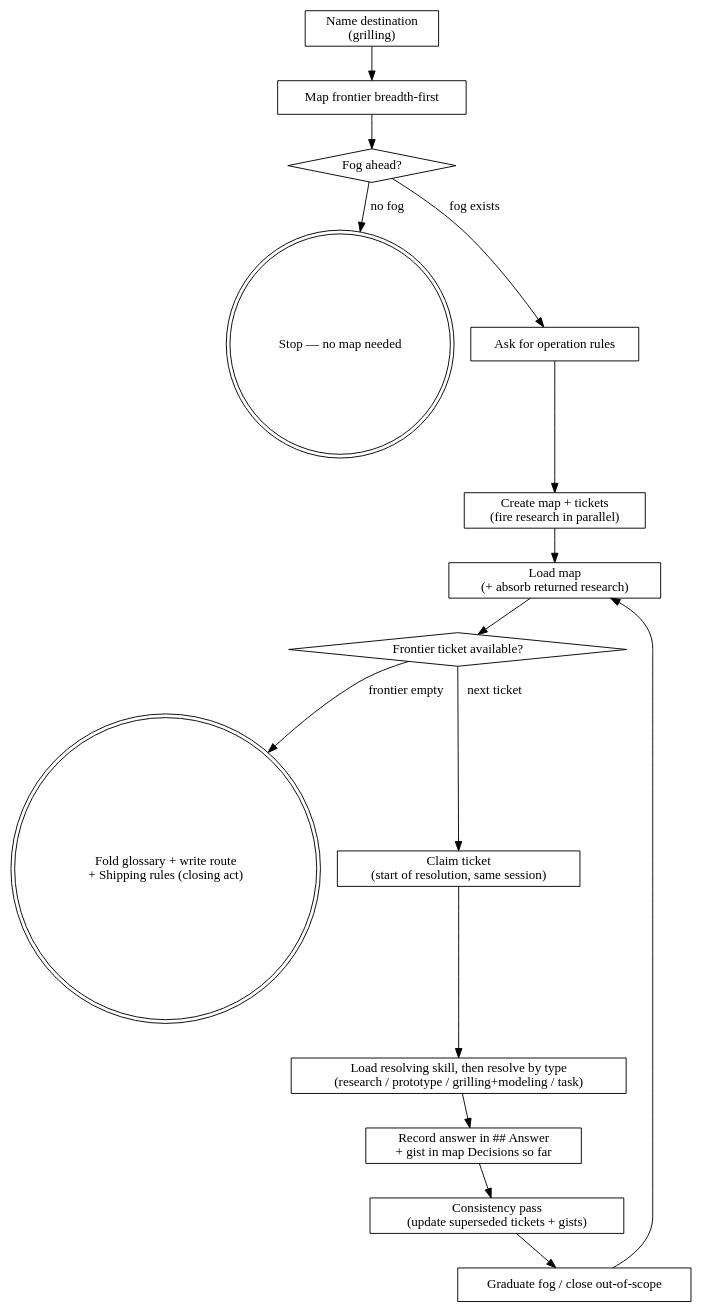
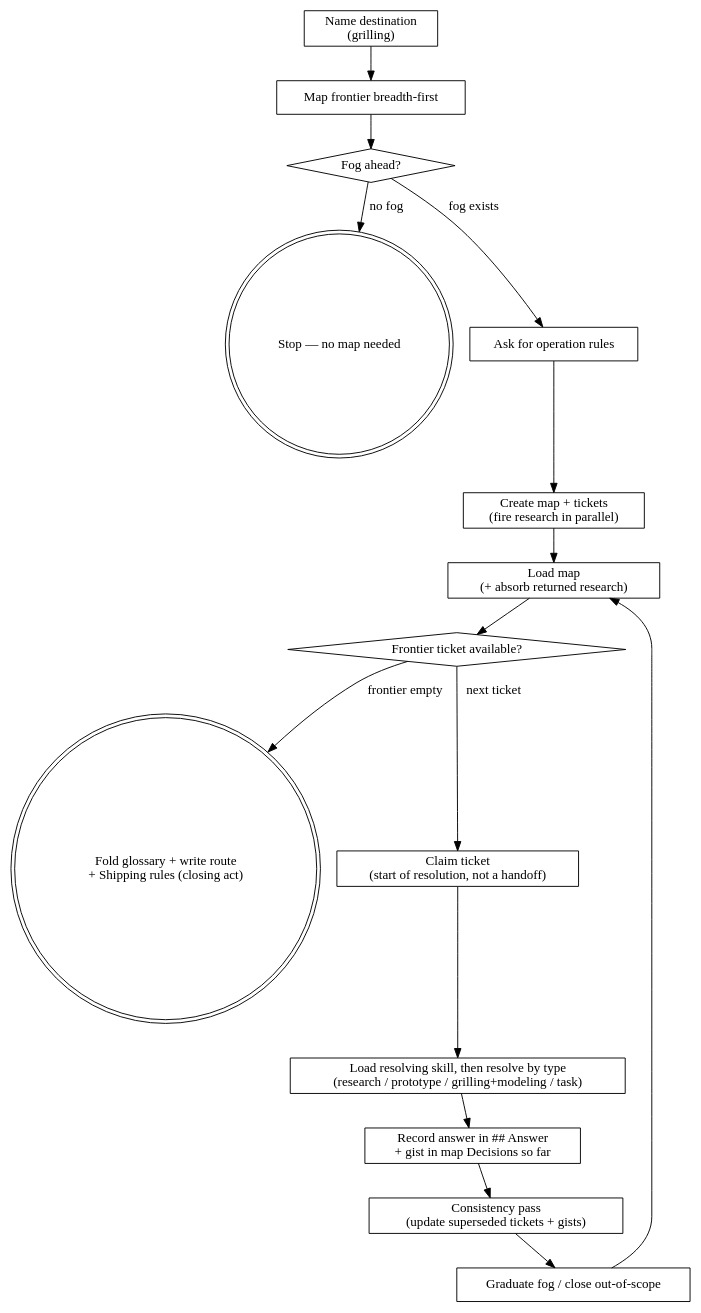
One commit to caiorcferreira/hamilton changed the diagram in skills/hamilton-wayfinder/SKILL.md. Above: the diagram before and after it, drawn with Graphviz. The commit also changed other lines of this file and 5 other files, not shown here.

````diff
--- a/skills/hamilton-wayfinder/SKILL.md
+++ b/skills/hamilton-wayfinder/SKILL.md
@@ -98,33 +98,33 @@
 ```dot
 digraph hamilton_wayfinder {
     "Name destination\n(grilling)" [shape=box];
     "Map frontier breadth-first" [shape=box];
     "Fog ahead?" [shape=diamond];
     "Stop — no map needed" [shape=doublecircle];
     "Ask for operation rules" [shape=box];
     "Create map + tickets\n(fire research in parallel)" [shape=box];
     "Load map\n(+ absorb returned research)" [shape=box];
     "Frontier ticket available?" [shape=diamond];
     "Fold glossary + write route\n+ Shipping rules (closing act)" [shape=doublecircle];
-    "Claim ticket\n(start of resolution, same session)" [shape=box];
+    "Claim ticket\n(start of resolution, not a handoff)" [shape=box];
     "Load resolving skill, then resolve by type\n(research / prototype / grilling+modeling / task)" [shape=box];
     "Record answer in ## Answer\n+ gist in map Decisions so far" [shape=box];
     "Consistency pass\n(update superseded tickets + gists)" [shape=box];
     "Graduate fog / close out-of-scope" [shape=box];
 
     "Name destination\n(grilling)" -> "Map frontier breadth-first";
     "Map frontier breadth-first" -> "Fog ahead?";
     "Fog ahead?" -> "Stop — no map needed" [label="no fog"];
     "Fog ahead?" -> "Ask for operation rules" [label="fog exists"];
     "Ask for operation rules" -> "Create map + tickets\n(fire research in parallel)";
     "Create map + tickets\n(fire research in parallel)" -> "Load map\n(+ absorb returned research)";
     "Load map\n(+ absorb returned research)" -> "Frontier ticket available?";
     "Frontier ticket available?" -> "Fold glossary + write route\n+ Shipping rules (closing act)" [label="frontier empty"];
-    "Frontier ticket available?" -> "Claim ticket\n(start of resolution, same session)" [label="next ticket"];
-    "Claim ticket\n(start of resolution, same session)" -> "Load resolving skill, then resolve by type\n(research / prototype / grilling+modeling / task)";
+    "Frontier ticket available?" -> "Claim ticket\n(start of resolution, not a handoff)" [label="next ticket"];
+    "Claim ticket\n(start of resolution, not a handoff)" -> "Load resolving skill, then resolve by type\n(research / prototype / grilling+modeling / task)";
     "Load resolving skill, then resolve by type\n(research / prototype / grilling+modeling / task)" -> "Record answer in ## Answer\n+ gist in map Decisions so far";
     "Record answer in ## Answer\n+ gist in map Decisions so far" -> "Consistency pass\n(update superseded tickets + gists)";
     "Consistency pass\n(update superseded tickets + gists)" -> "Graduate fog / close out-of-scope";
     "Graduate fog / close out-of-scope" -> "Load map\n(+ absorb returned research)";
 }
 ```
````
